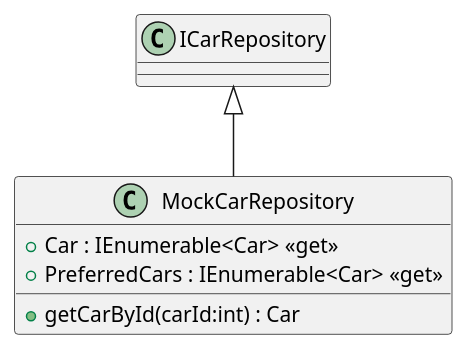
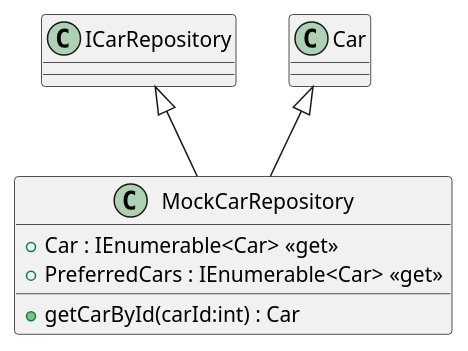
The diagram in CarAndGo/Data/mocks/MockCarRepository.puml (daniel2IT/CarAndGoWebApp), drawn with PlantUML before and after one commit. The commit also changed 16 other files, not shown here.

```diff
--- a/CarAndGo/Data/mocks/MockCarRepository.puml
+++ b/CarAndGo/Data/mocks/MockCarRepository.puml
@@ -1,8 +1,9 @@
 @startuml
 class MockCarRepository {
     + Car : IEnumerable<Car> <<get>>
     + PreferredCars : IEnumerable<Car> <<get>>
     + getCarById(carId:int) : Car
 }
 ICarRepository <|-- MockCarRepository
+Car <|-- MockCarRepository
 @enduml
```
